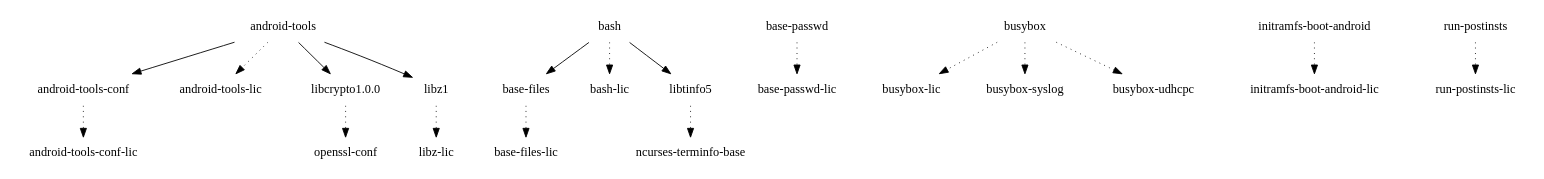
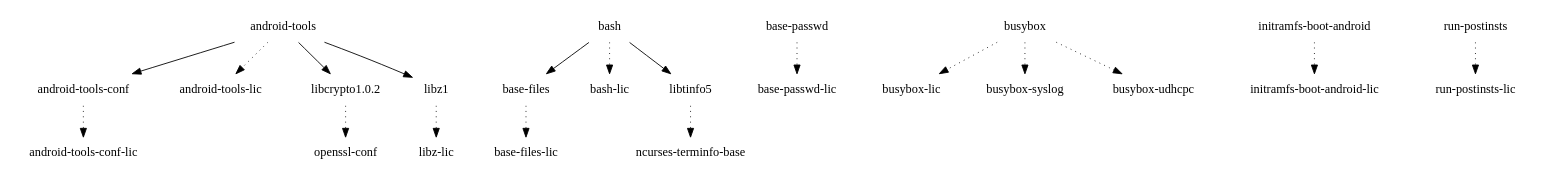
One commit to webOS-ports/buildhistory changed the diagram in images/mako/glibc/initramfs-android-image/depends-nokernel-nolibc-noupdate.dot. Above: the diagram before and after it, drawn with Graphviz. The commit also changed 25 other files, not shown here.

```diff
--- a/images/mako/glibc/initramfs-android-image/depends-nokernel-nolibc-noupdate.dot
+++ b/images/mako/glibc/initramfs-android-image/depends-nokernel-nolibc-noupdate.dot
@@ -1,21 +1,21 @@
 digraph depends {
     node [shape=plaintext]
 "android-tools" -> "android-tools-conf";
 "android-tools" -> "android-tools-lic" [style=dotted];
-"android-tools" -> "libcrypto1.0.0";
+"android-tools-conf" -> "android-tools-conf-lic" [style=dotted];
+"android-tools" -> "libcrypto1.0.2";
 "android-tools" -> "libz1";
-"android-tools-conf" -> "android-tools-conf-lic" [style=dotted];
 "base-files" -> "base-files-lic" [style=dotted];
 "base-passwd" -> "base-passwd-lic" [style=dotted];
 "bash" -> "base-files";
 "bash" -> "bash-lic" [style=dotted];
 "bash" -> "libtinfo5";
 "busybox" -> "busybox-lic" [style=dotted];
 "busybox" -> "busybox-syslog" [style=dotted];
 "busybox" -> "busybox-udhcpc" [style=dotted];
 "initramfs-boot-android" -> "initramfs-boot-android-lic" [style=dotted];
-"libcrypto1.0.0" -> "openssl-conf" [style=dotted];
+"libcrypto1.0.2" -> "openssl-conf" [style=dotted];
 "libtinfo5" -> "ncurses-terminfo-base" [style=dotted];
 "libz1" -> "libz-lic" [style=dotted];
 "run-postinsts" -> "run-postinsts-lic" [style=dotted];
 }
```
